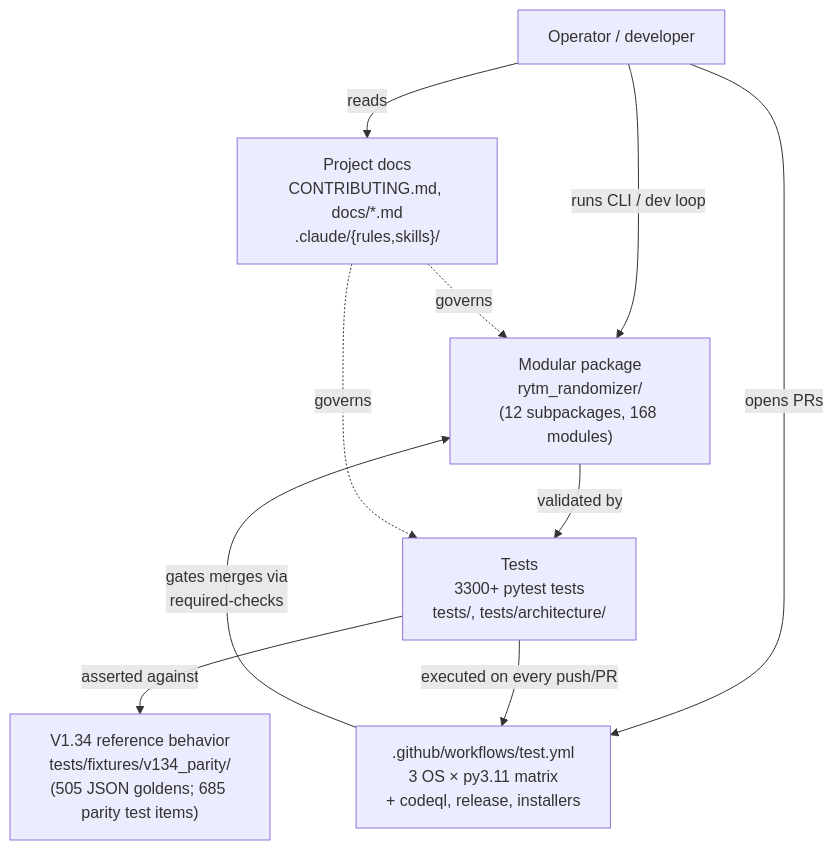
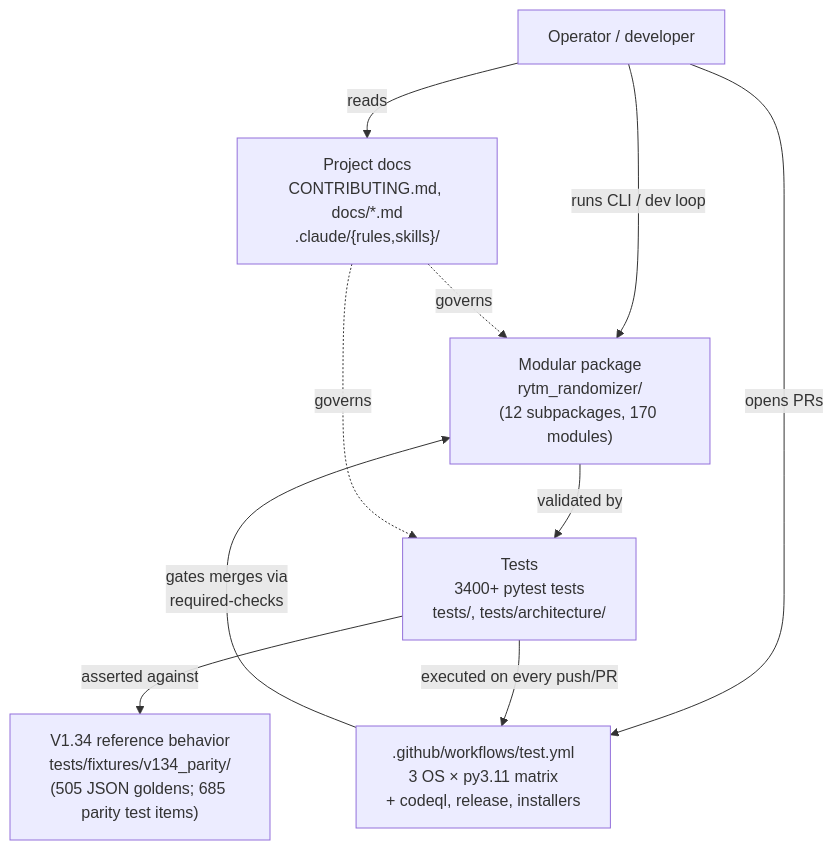
Before and after one commit to buzzijose-hub/RytmRandomizer: the first of 26 diagrams in docs/ARCHITECTURE_DIAGRAMS.md, drawn with Mermaid. The commit also changed other lines of this file and 47 other files, not shown here.

````diff
--- a/docs/ARCHITECTURE_DIAGRAMS.md
+++ b/docs/ARCHITECTURE_DIAGRAMS.md
@@ -47,22 +47,22 @@
 ```mermaid
 flowchart TB
     User["Operator / developer"]
     V134["V1.34 reference behavior<br/>tests/fixtures/v134_parity/<br/>(505 JSON goldens; 685 parity test items)"]
-    Package["Modular package<br/>rytm_randomizer/<br/>(12 subpackages, 168 modules)"]
-    Tests["Tests<br/>3300+ pytest tests<br/>tests/, tests/architecture/"]
+    Package["Modular package<br/>rytm_randomizer/<br/>(12 subpackages, 170 modules)"]
+    Tests["Tests<br/>3400+ pytest tests<br/>tests/, tests/architecture/"]
     CI[".github/workflows/test.yml<br/>3 OS × py3.11 matrix<br/>+ codeql, release, installers"]
     Docs["Project docs<br/>CONTRIBUTING.md, docs/*.md<br/>.claude/{rules,skills}/"]
 
     User -->|"runs CLI / dev loop"| Package
     User -->|"opens PRs"| CI
     User -->|"reads"| Docs
 
     Package -->|"validated by"| Tests
     Tests -->|"asserted against"| V134
     Tests -->|"executed on every push/PR"| CI
 
     CI -->|"gates merges via<br/>required-checks"| Package
 
     Docs -.->|"governs"| Package
     Docs -.->|"governs"| Tests
 ```
````
